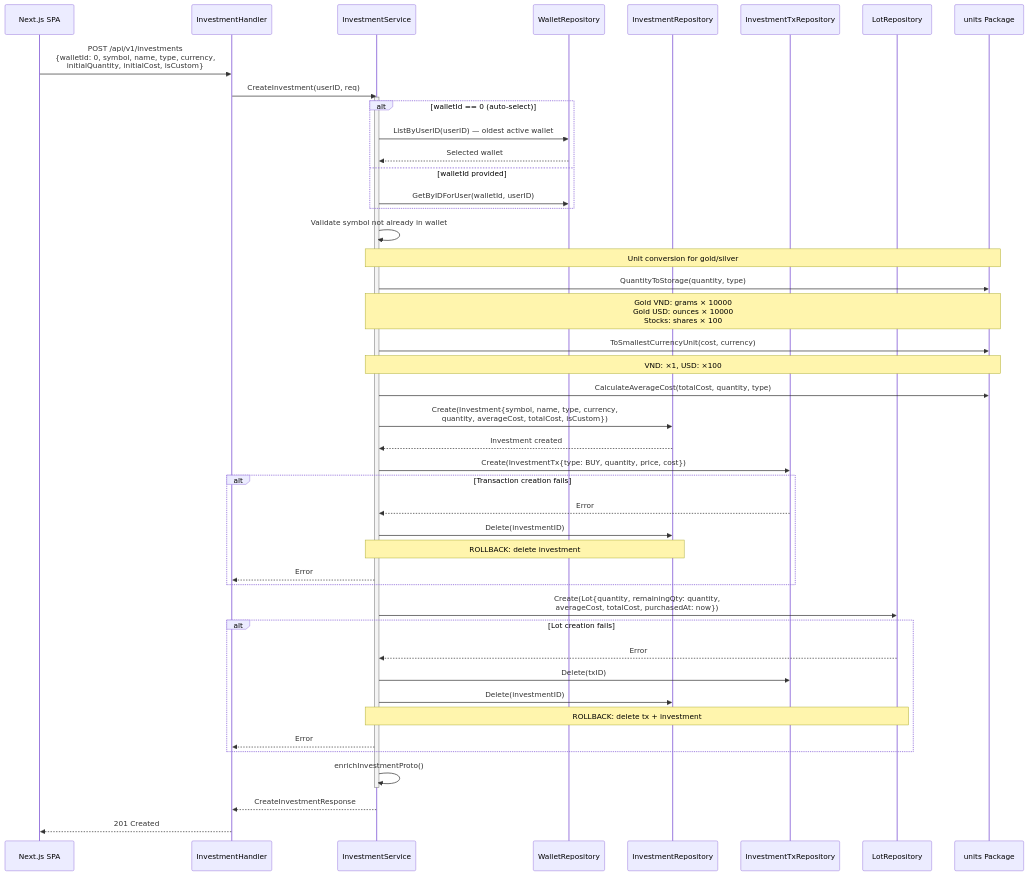
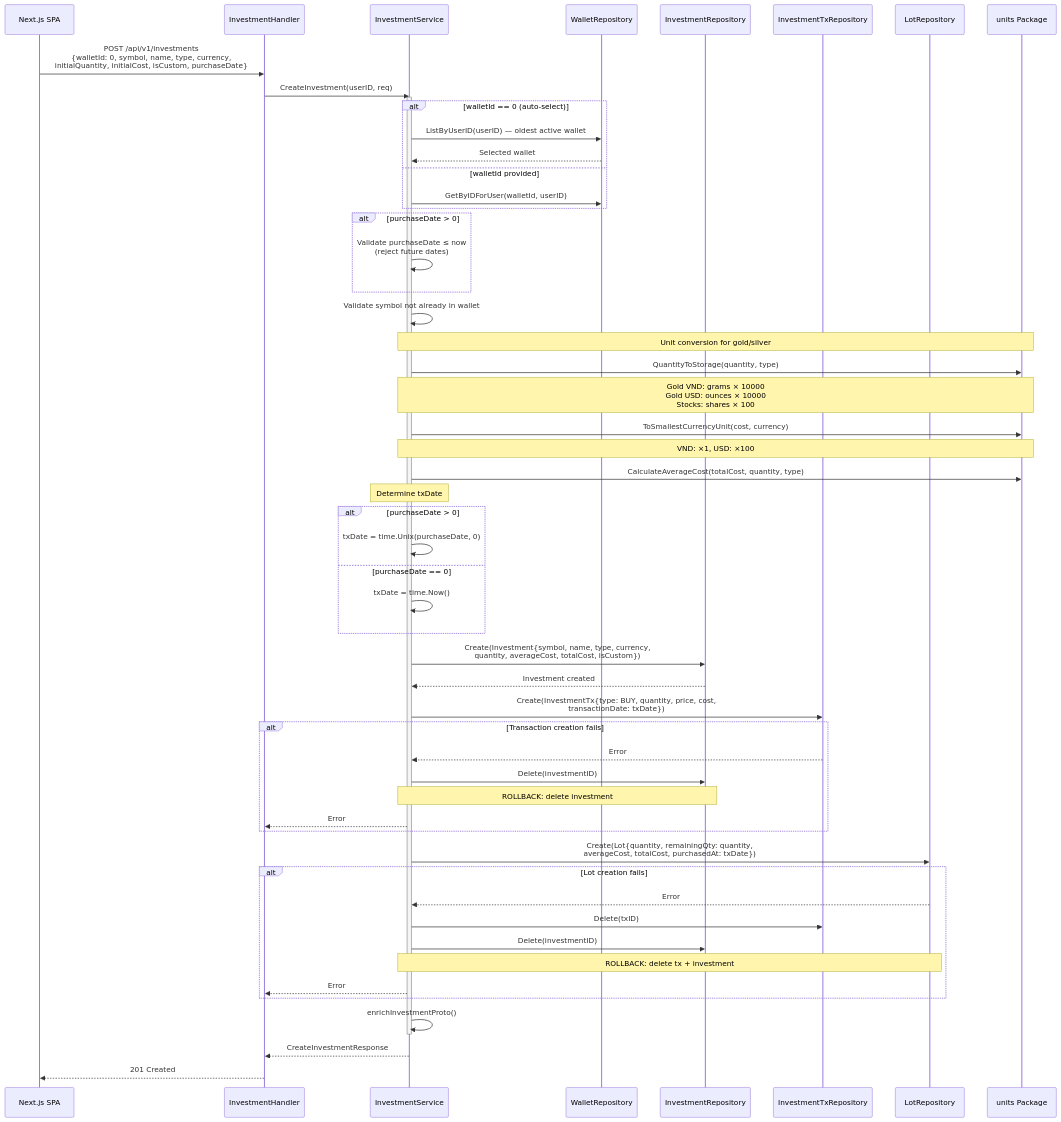
One commit to khanhnq1406/wealth-journey changed the first of 8 diagrams in docs/architecture/flow-investment.md. Above: the diagram before and after it, drawn with Mermaid. The commit also changed 2 other files, not shown here.

Commit message:
docs: update C4 frontend and investment flow diagrams for form enhancements
Update Investment Feature component description in C4 frontend diagram
to reflect merged gold/silver, purchase date, and price-per-unit.
Update Create Investment flow in flow-investment.md to include
purchase_date validation and usage for transaction/lot dates.

````diff
--- a/docs/architecture/flow-investment.md
+++ b/docs/architecture/flow-investment.md
@@ -22,59 +22,70 @@
 ```mermaid
 sequenceDiagram
     participant SPA as Next.js SPA
     participant H as InvestmentHandler
     participant IS as InvestmentService
     participant WR as WalletRepository
     participant IR as InvestmentRepository
     participant ITR as InvestmentTxRepository
     participant LR as LotRepository
     participant Units as units Package
 
-    SPA->>H: POST /api/v1/investments<br/>{walletId: 0, symbol, name, type, currency,<br/>initialQuantity, initialCost, isCustom}
+    SPA->>H: POST /api/v1/investments<br/>{walletId: 0, symbol, name, type, currency,<br/>initialQuantity, initialCost, isCustom, purchaseDate}
     H->>IS: CreateInvestment(userID, req)
 
     activate IS
 
     alt walletId == 0 (auto-select)
         IS->>WR: ListByUserID(userID) — oldest active wallet
         WR-->>IS: Selected wallet
     else walletId provided
         IS->>WR: GetByIDForUser(walletId, userID)
+    end
+
+    alt purchaseDate > 0
+        IS->>IS: Validate purchaseDate ≤ now<br/>(reject future dates)
     end
 
     IS->>IS: Validate symbol not already in wallet
 
     Note over IS,Units: Unit conversion for gold/silver
     IS->>Units: QuantityToStorage(quantity, type)
     Note over IS,Units: Gold VND: grams × 10000<br/>Gold USD: ounces × 10000<br/>Stocks: shares × 100
     IS->>Units: ToSmallestCurrencyUnit(cost, currency)
     Note over IS,Units: VND: ×1, USD: ×100
 
     IS->>Units: CalculateAverageCost(totalCost, quantity, type)
 
+    Note over IS: Determine txDate
+    alt purchaseDate > 0
+        IS->>IS: txDate = time.Unix(purchaseDate, 0)
+    else purchaseDate == 0
+        IS->>IS: txDate = time.Now()
+    end
+
     IS->>IR: Create(Investment{symbol, name, type, currency,<br/>quantity, averageCost, totalCost, isCustom})
     IR-->>IS: Investment created
 
-    IS->>ITR: Create(InvestmentTx{type: BUY, quantity, price, cost})
+    IS->>ITR: Create(InvestmentTx{type: BUY, quantity, price, cost,<br/>transactionDate: txDate})
     alt Transaction creation fails
         ITR-->>IS: Error
         IS->>IR: Delete(investmentID)
         Note over IS,IR: ROLLBACK: delete investment
         IS-->>H: Error
     end
 
-    IS->>LR: Create(Lot{quantity, remainingQty: quantity,<br/>averageCost, totalCost, purchasedAt: now})
+    IS->>LR: Create(Lot{quantity, remainingQty: quantity,<br/>averageCost, totalCost, purchasedAt: txDate})
     alt Lot creation fails
         LR-->>IS: Error
         IS->>ITR: Delete(txID)
         IS->>IR: Delete(investmentID)
         Note over IS,LR: ROLLBACK: delete tx + investment
         IS-->>H: Error
     end
 
     IS->>IS: enrichInvestmentProto()
     deactivate IS
 
     IS-->>H: CreateInvestmentResponse
     H-->>SPA: 201 Created
 ```
````
